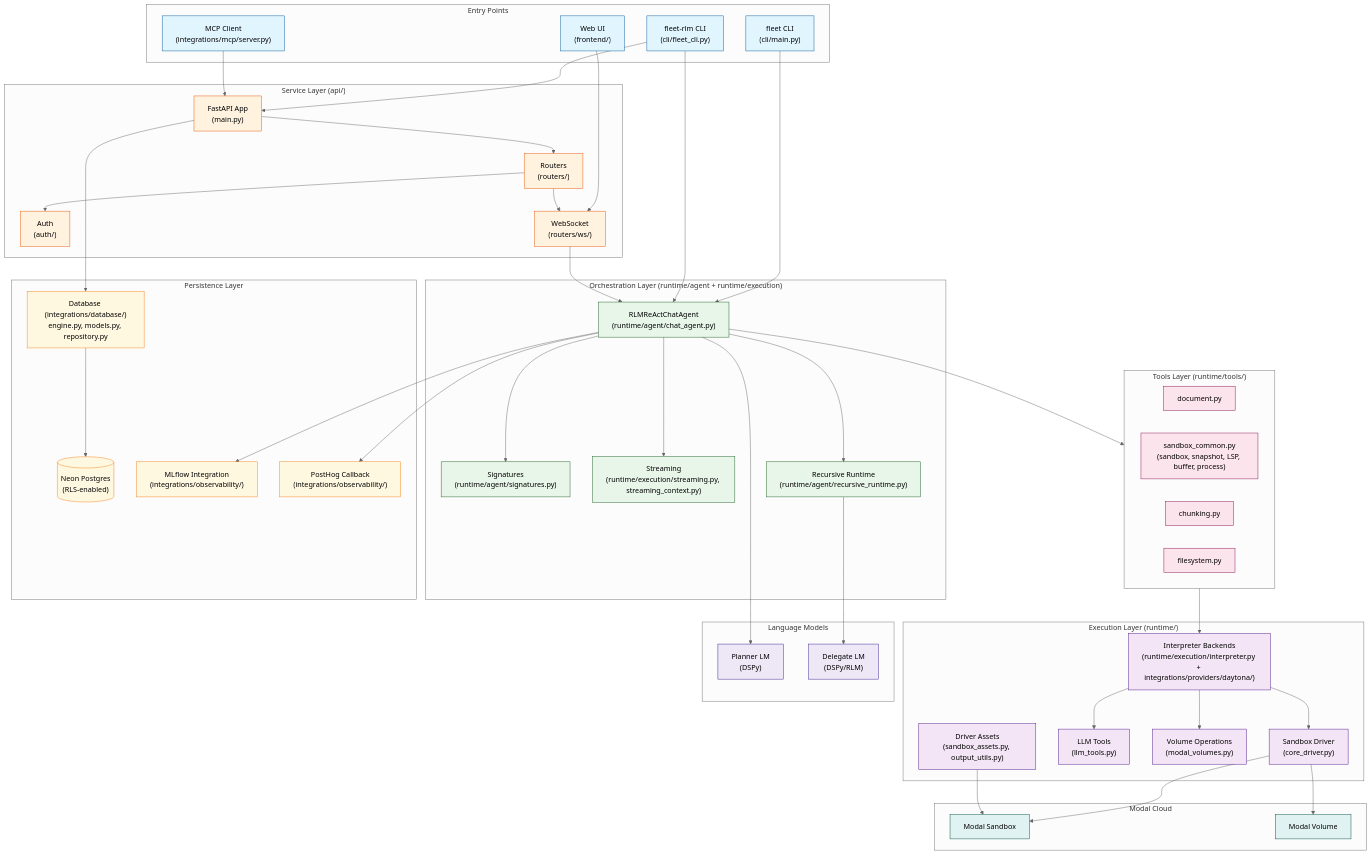
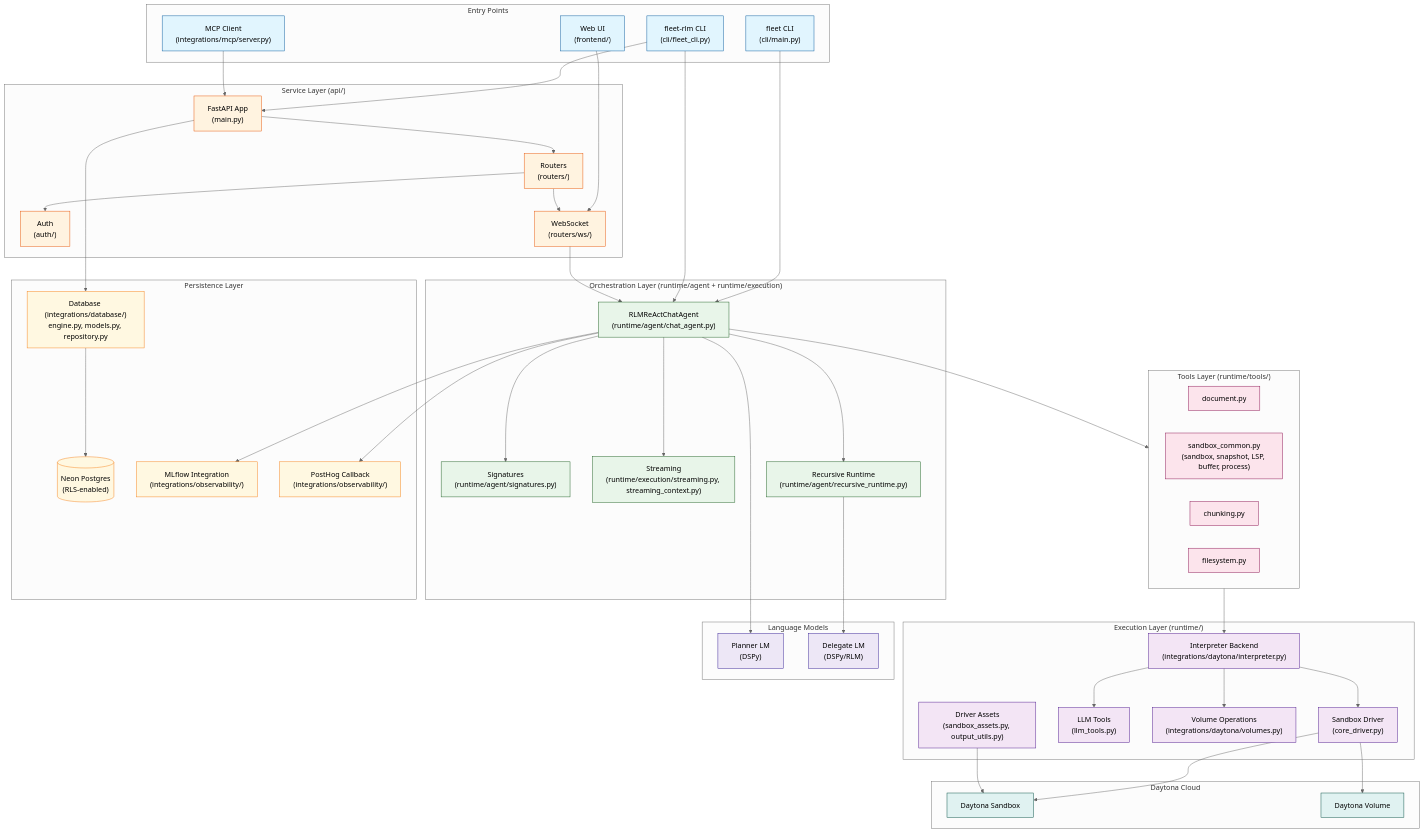
One commit to Qredence/fleet-rlm changed the first of 6 diagrams in docs/architecture.md. Above: the diagram before and after it, drawn with Mermaid (neutral theme). The commit also changed other lines of this file and 207 other files, not shown here.

Commit message:
refactor!: remove modal runtime surface and finalize daytona-only stack

```diff
--- a/docs/architecture.md
+++ b/docs/architecture.md
@@ -64,16 +64,16 @@
     end
 
     subgraph EXECUTION["Execution Layer (runtime/)"]
-        INTERPRETER["Interpreter Backends<br/>(runtime/execution/interpreter.py + integrations/providers/daytona/)"]
+        INTERPRETER["Interpreter Backend<br/>(integrations/daytona/interpreter.py)"]
         DRIVER["Sandbox Driver<br/>(core_driver.py)"]
         LLM_TOOLS["LLM Tools<br/>(llm_tools.py)"]
-        VOLUME_OPS["Volume Operations<br/>(modal_volumes.py)"]
+        VOLUME_OPS["Volume Operations<br/>(integrations/daytona/volumes.py)"]
         DRIVER_ASSETS["Driver Assets<br/>(sandbox_assets.py, output_utils.py)"]
     end
 
-    subgraph MODAL["Modal Cloud"]
-        SANDBOX["Modal Sandbox"]
-        VOLUME["Modal Volume"]
+    subgraph DAYTONA["Daytona Cloud"]
+        SANDBOX["Daytona Sandbox"]
+        VOLUME["Daytona Volume"]
     end
 
     subgraph PERSISTENCE["Persistence Layer"]
```
